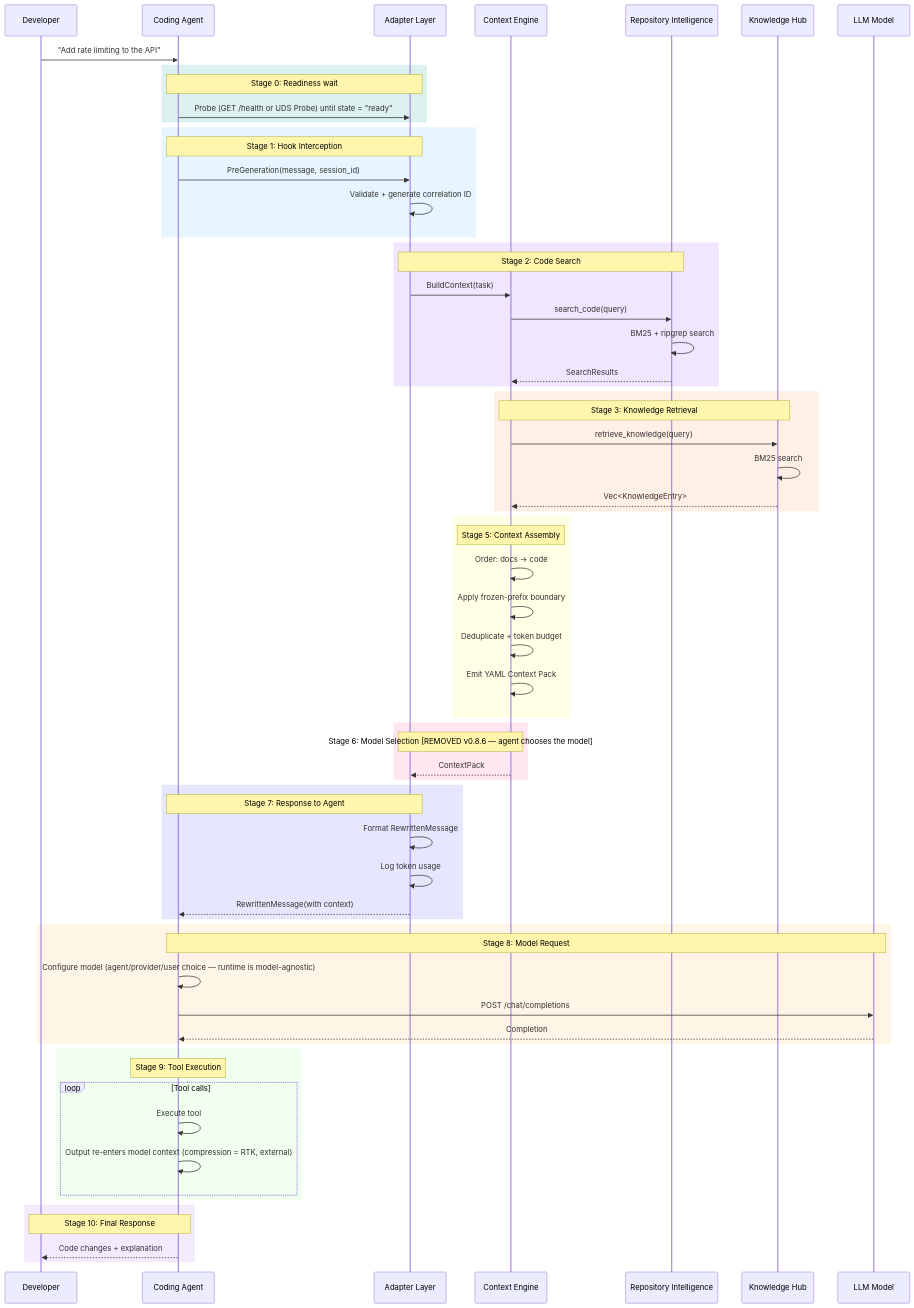
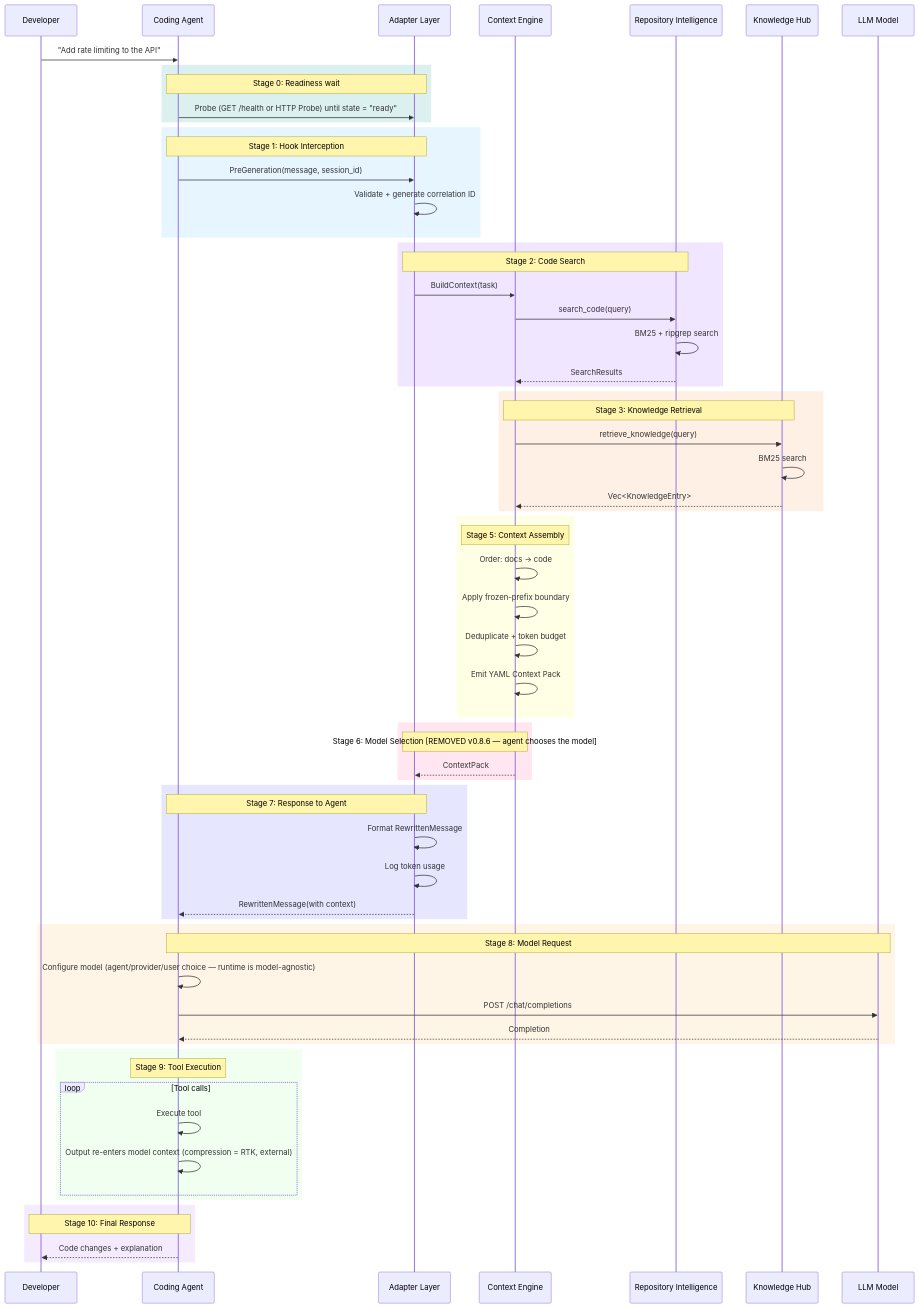
Before and after one commit to leonortega/knocode: the first of 2 diagrams in docs/01-architecture/REQUEST_LIFECYCLE.md, drawn with Mermaid. The commit also changed other lines of this file and 51 other files, not shown here.

````diff
--- a/docs/01-architecture/REQUEST_LIFECYCLE.md
+++ b/docs/01-architecture/REQUEST_LIFECYCLE.md
@@ -15,78 +15,78 @@
 ```mermaid
 sequenceDiagram
     participant Dev as Developer
     participant Agent as Coding Agent
     participant AD as Adapter Layer
     participant CE as Context Engine
     participant RI as Repository Intelligence
     participant KH as Knowledge Hub
     participant Model as LLM Model
 
     Dev->>Agent: "Add rate limiting to the API"
 
     rect rgb(220, 240, 240)
     Note over Agent,AD: Stage 0: Readiness wait
-    Agent->>AD: Probe (GET /health or UDS Probe) until state = "ready"
+    Agent->>AD: Probe (GET /health or HTTP Probe) until state = "ready"
     end
 
     rect rgb(230, 245, 255)
     Note over Agent,AD: Stage 1: Hook Interception
     Agent->>AD: PreGeneration(message, session_id)
     AD->>AD: Validate + generate correlation ID
     end
 
     rect rgb(240, 230, 255)
     Note over AD,RI: Stage 2: Code Search
     AD->>CE: BuildContext(task)
     CE->>RI: search_code(query)
     RI->>RI: BM25 + ripgrep search
     RI-->>CE: SearchResults
     end
 
     rect rgb(255, 240, 230)
     Note over CE,KH: Stage 3: Knowledge Retrieval
     CE->>KH: retrieve_knowledge(query)
     KH->>KH: BM25 search
     KH-->>CE: Vec<KnowledgeEntry>
     end
 
     rect rgb(255, 255, 230)
     Note over CE: Stage 5: Context Assembly
     CE->>CE: Order: docs → code
     CE->>CE: Apply frozen-prefix boundary
     CE->>CE: Deduplicate + token budget
     CE->>CE: Emit YAML Context Pack
     end
 
     rect rgb(255, 230, 240)
     Note over CE,AD: Stage 6: Model Selection [REMOVED v0.8.6 — agent chooses the model]
     CE-->>AD: ContextPack
     end
 
     rect rgb(230, 230, 255)
     Note over AD,Agent: Stage 7: Response to Agent
     AD->>AD: Format RewrittenMessage
     AD->>AD: Log token usage
     AD-->>Agent: RewrittenMessage(with context)
     end
 
     rect rgb(255, 245, 230)
     Note over Agent,Model: Stage 8: Model Request
     Agent->>Agent: Configure model (agent/provider/user choice — runtime is model-agnostic)
     Agent->>Model: POST /chat/completions
     Model-->>Agent: Completion
     end
 
     rect rgb(240, 255, 240)
     Note over Agent: Stage 9: Tool Execution
     loop Tool calls
         Agent->>Agent: Execute tool
         Agent->>Agent: Output re-enters model context (compression = RTK, external)
     end
     end
 
     rect rgb(245, 235, 255)
     Note over Agent,Dev: Stage 10: Final Response
     Agent-->>Dev: Code changes + explanation
     end
 ```
````
